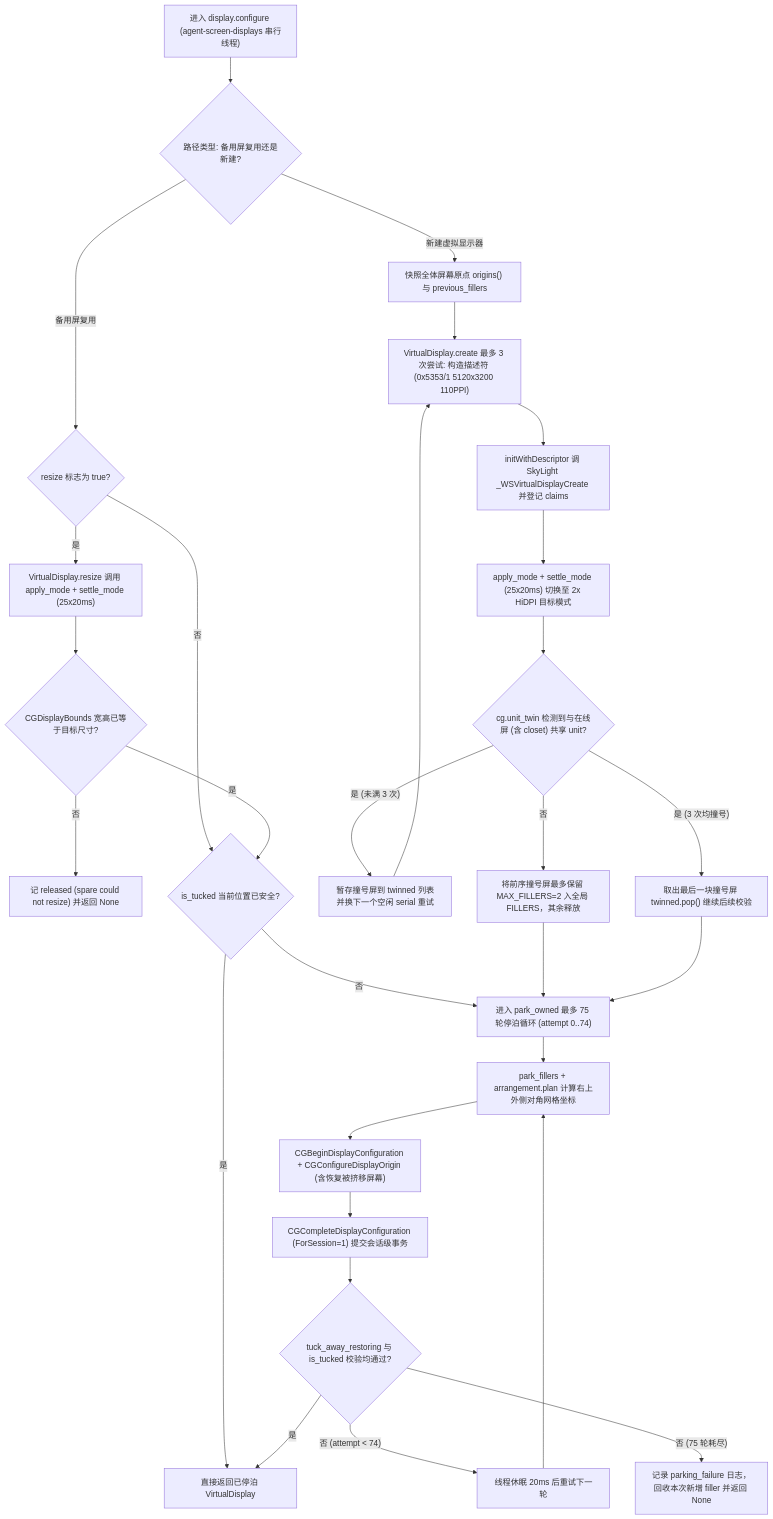
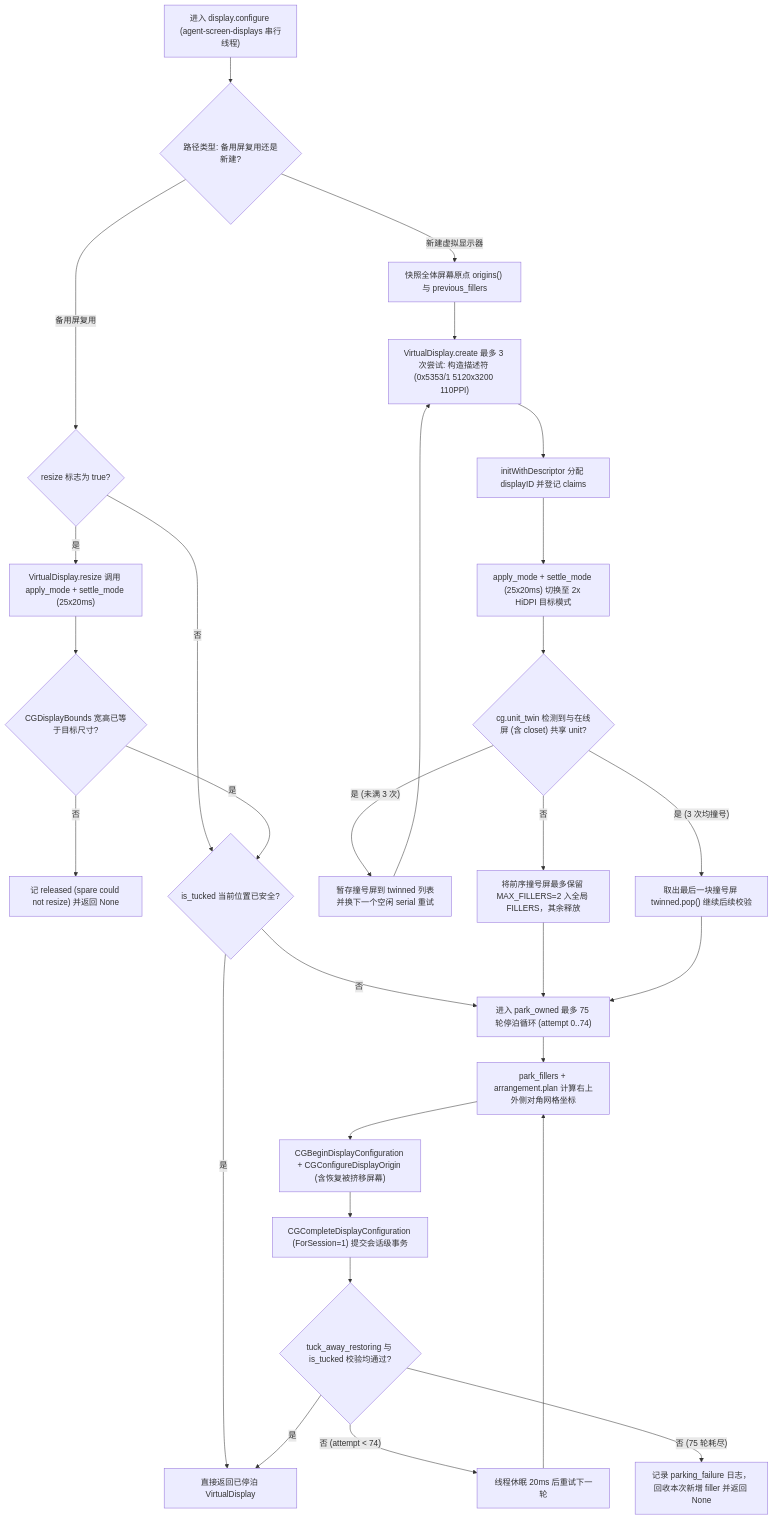
The second of 3 diagrams in docs/flows/01-create-display.md (Fanzzzd/agent-screen), drawn with Mermaid before and after one commit. The commit also changed other lines of this file and 15 other files, not shown here.

First line of the commit message:
docs(docs): align flow map quotes and fix round-3 spotcheck findings

````diff
--- a/docs/flows/01-create-display.md
+++ b/docs/flows/01-create-display.md
@@ -84,31 +84,31 @@
 ```mermaid
 flowchart TD
     P1["进入 display.configure (agent-screen-displays 串行线程)"] --> P2{"路径类型: 备用屏复用还是新建?"}
     P2 -->|"备用屏复用"| P3{"resize 标志为 true?"}
     P3 -->|"是"| P4["VirtualDisplay.resize 调用 apply_mode + settle_mode (25x20ms)"]
     P4 --> P5{"CGDisplayBounds 宽高已等于目标尺寸?"}
     P5 -->|"否"| PX1["记 released (spare could not resize) 并返回 None"]
     P3 -->|"否"| P6{"is_tucked 当前位置已安全?"}
     P5 -->|"是"| P6
     P6 -->|"是"| P21["直接返回已停泊 VirtualDisplay"]
     P6 -->|"否"| P15["进入 park_owned 最多 75 轮停泊循环 (attempt 0..74)"]
     P2 -->|"新建虚拟显示器"| P7["快照全体屏幕原点 origins() 与 previous_fillers"]
     P7 --> P8["VirtualDisplay.create 最多 3 次尝试: 构造描述符 (0x5353/1 5120x3200 110PPI)"]
-    P8 --> P9["initWithDescriptor 调 SkyLight _WSVirtualDisplayCreate 并登记 claims"]
+    P8 --> P9["initWithDescriptor 分配 displayID 并登记 claims"]
     P9 --> P10["apply_mode + settle_mode (25x20ms) 切换至 2x HiDPI 目标模式"]
     P10 --> P11{"cg.unit_twin 检测到与在线屏 (含 closet) 共享 unit?"}
     P11 -->|"是 (未满 3 次)"| P14["暂存撞号屏到 twinned 列表并换下一个空闲 serial 重试"]
     P14 --> P8
     P11 -->|"否"| P12["将前序撞号屏最多保留 MAX_FILLERS=2 入全局 FILLERS，其余释放"]
     P11 -->|"是 (3 次均撞号)"| P13["取出最后一块撞号屏 twinned.pop() 继续后续校验"]
     P12 --> P15
     P13 --> P15
     P15 --> P16["park_fillers + arrangement.plan 计算右上外侧对角网格坐标"]
     P16 --> P17["CGBeginDisplayConfiguration + CGConfigureDisplayOrigin (含恢复被挤移屏幕)"]
     P17 --> P18["CGCompleteDisplayConfiguration (ForSession=1) 提交会话级事务"]
     P18 --> P19{"tuck_away_restoring 与 is_tucked 校验均通过?"}
     P19 -->|"否 (attempt < 74)"| P20["线程休眠 20ms 后重试下一轮"]
     P20 --> P16
     P19 -->|"否 (75 轮耗尽)"| PX3["记录 parking_failure 日志，回收本次新增 filler 并返回 None"]
     P19 -->|"是"| P21
 ```
````
